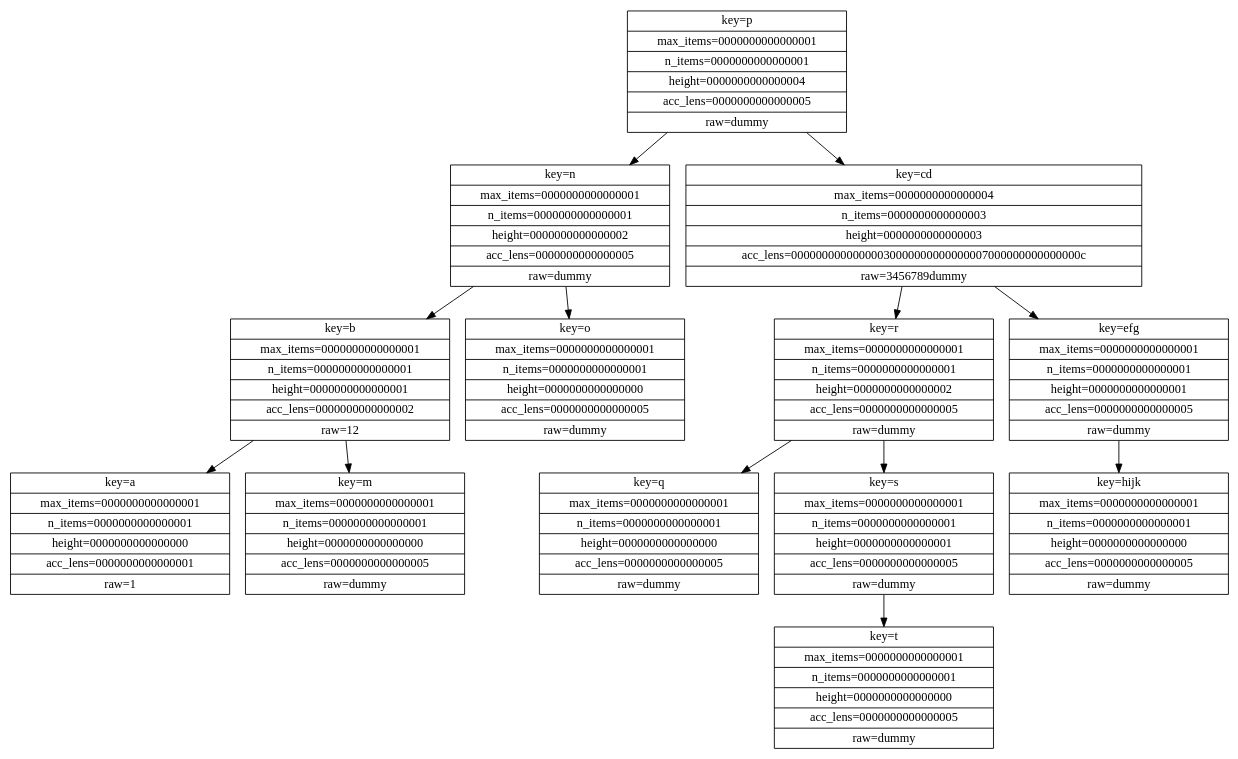
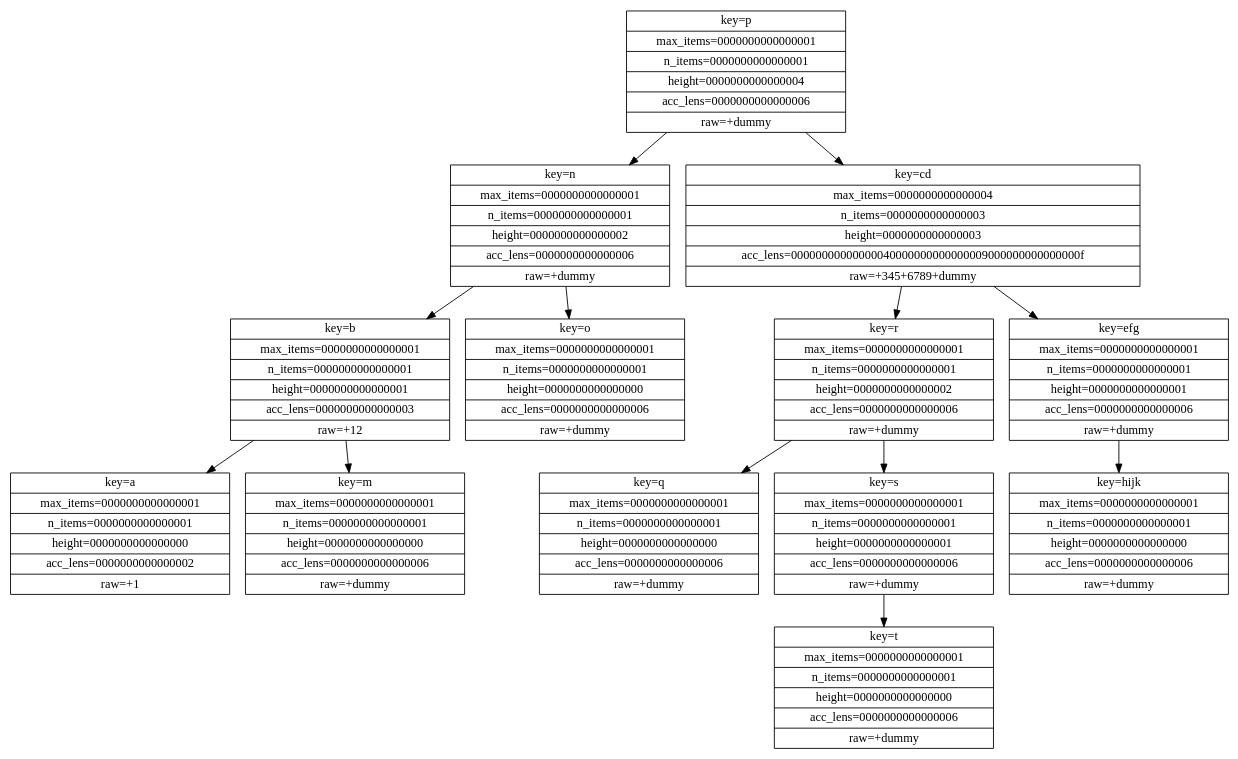
Before and after one commit to chientrm/kadb: the diagram in data.ground.dot, drawn with Graphviz. The commit also changed 11 other files, not shown here.

```diff
--- a/data.ground.dot
+++ b/data.ground.dot
@@ -1,27 +1,27 @@
 digraph {
-p[shape=record,label="{key=p|max_items=0000000000000001|n_items=0000000000000001|height=0000000000000004|acc_lens=0000000000000005|raw=dummy}"]
-n[shape=record,label="{key=n|max_items=0000000000000001|n_items=0000000000000001|height=0000000000000002|acc_lens=0000000000000005|raw=dummy}"]
-b[shape=record,label="{key=b|max_items=0000000000000001|n_items=0000000000000001|height=0000000000000001|acc_lens=0000000000000002|raw=12}"]
-a[shape=record,label="{key=a|max_items=0000000000000001|n_items=0000000000000001|height=0000000000000000|acc_lens=0000000000000001|raw=1}"]
+p[shape=record,label="{key=p|max_items=0000000000000001|n_items=0000000000000001|height=0000000000000004|acc_lens=0000000000000006|raw=+dummy}"]
+n[shape=record,label="{key=n|max_items=0000000000000001|n_items=0000000000000001|height=0000000000000002|acc_lens=0000000000000006|raw=+dummy}"]
+b[shape=record,label="{key=b|max_items=0000000000000001|n_items=0000000000000001|height=0000000000000001|acc_lens=0000000000000003|raw=+12}"]
+a[shape=record,label="{key=a|max_items=0000000000000001|n_items=0000000000000001|height=0000000000000000|acc_lens=0000000000000002|raw=+1}"]
 b -> a
-m[shape=record,label="{key=m|max_items=0000000000000001|n_items=0000000000000001|height=0000000000000000|acc_lens=0000000000000005|raw=dummy}"]
+m[shape=record,label="{key=m|max_items=0000000000000001|n_items=0000000000000001|height=0000000000000000|acc_lens=0000000000000006|raw=+dummy}"]
 b -> m
 n -> b
-o[shape=record,label="{key=o|max_items=0000000000000001|n_items=0000000000000001|height=0000000000000000|acc_lens=0000000000000005|raw=dummy}"]
+o[shape=record,label="{key=o|max_items=0000000000000001|n_items=0000000000000001|height=0000000000000000|acc_lens=0000000000000006|raw=+dummy}"]
 n -> o
 p -> n
-cd[shape=record,label="{key=cd|max_items=0000000000000004|n_items=0000000000000003|height=0000000000000003|acc_lens=00000000000000030000000000000007000000000000000c|raw=3456789dummy}"]
-r[shape=record,label="{key=r|max_items=0000000000000001|n_items=0000000000000001|height=0000000000000002|acc_lens=0000000000000005|raw=dummy}"]
-q[shape=record,label="{key=q|max_items=0000000000000001|n_items=0000000000000001|height=0000000000000000|acc_lens=0000000000000005|raw=dummy}"]
+cd[shape=record,label="{key=cd|max_items=0000000000000004|n_items=0000000000000003|height=0000000000000003|acc_lens=00000000000000040000000000000009000000000000000f|raw=+345+6789+dummy}"]
+r[shape=record,label="{key=r|max_items=0000000000000001|n_items=0000000000000001|height=0000000000000002|acc_lens=0000000000000006|raw=+dummy}"]
+q[shape=record,label="{key=q|max_items=0000000000000001|n_items=0000000000000001|height=0000000000000000|acc_lens=0000000000000006|raw=+dummy}"]
 r -> q
-s[shape=record,label="{key=s|max_items=0000000000000001|n_items=0000000000000001|height=0000000000000001|acc_lens=0000000000000005|raw=dummy}"]
-t[shape=record,label="{key=t|max_items=0000000000000001|n_items=0000000000000001|height=0000000000000000|acc_lens=0000000000000005|raw=dummy}"]
+s[shape=record,label="{key=s|max_items=0000000000000001|n_items=0000000000000001|height=0000000000000001|acc_lens=0000000000000006|raw=+dummy}"]
+t[shape=record,label="{key=t|max_items=0000000000000001|n_items=0000000000000001|height=0000000000000000|acc_lens=0000000000000006|raw=+dummy}"]
 s -> t
 r -> s
 cd -> r
-efg[shape=record,label="{key=efg|max_items=0000000000000001|n_items=0000000000000001|height=0000000000000001|acc_lens=0000000000000005|raw=dummy}"]
-hijk[shape=record,label="{key=hijk|max_items=0000000000000001|n_items=0000000000000001|height=0000000000000000|acc_lens=0000000000000005|raw=dummy}"]
+efg[shape=record,label="{key=efg|max_items=0000000000000001|n_items=0000000000000001|height=0000000000000001|acc_lens=0000000000000006|raw=+dummy}"]
+hijk[shape=record,label="{key=hijk|max_items=0000000000000001|n_items=0000000000000001|height=0000000000000000|acc_lens=0000000000000006|raw=+dummy}"]
 efg -> hijk
 cd -> efg
 p -> cd
 }
```
